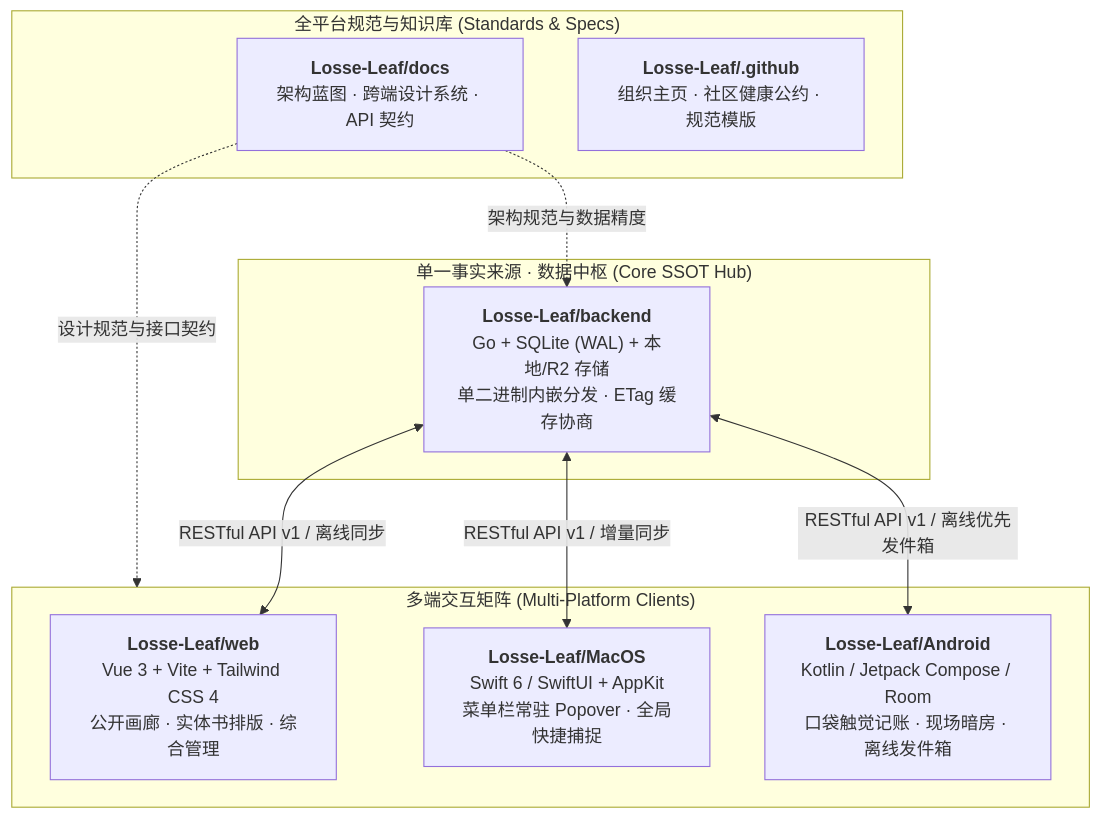
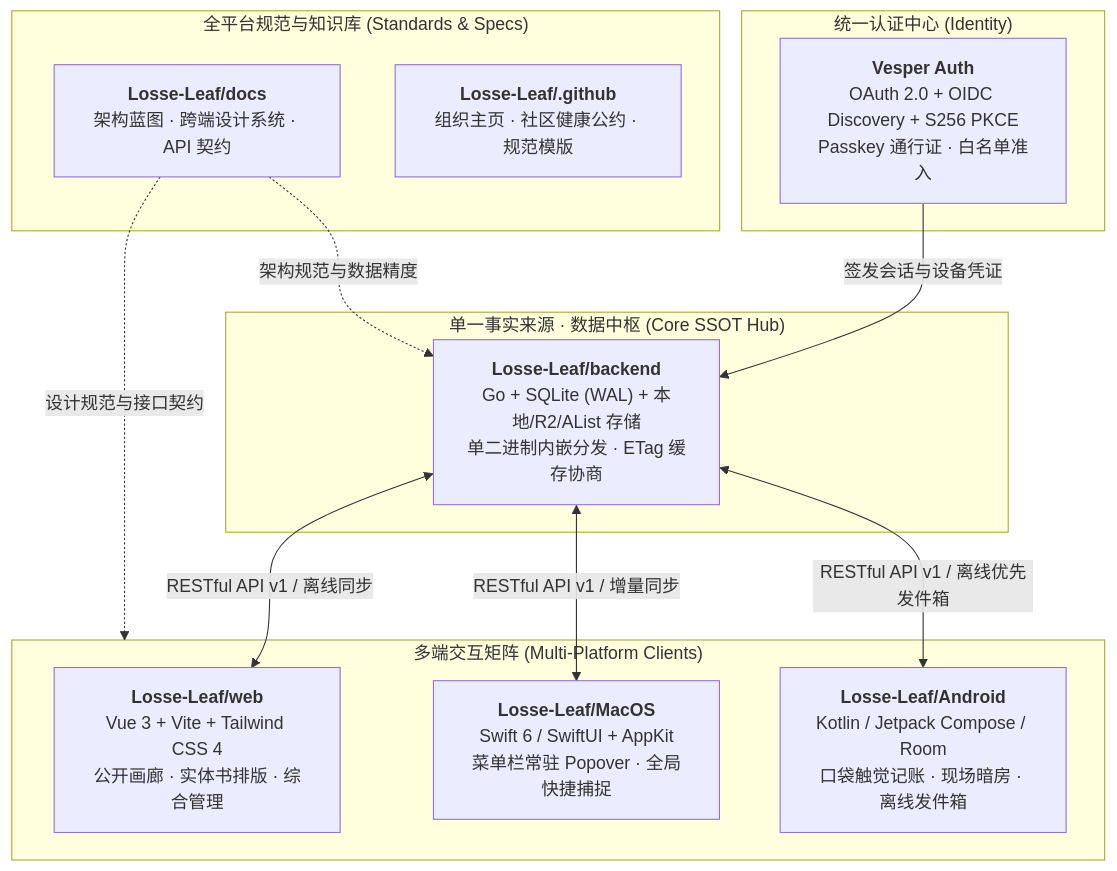
The diagram in profile/README.md (Losse-Leaf/.github), drawn with Mermaid before and after one commit. The commit also changed other lines of this file and 19 other files, not shown here.

````diff
--- a/profile/README.md
+++ b/profile/README.md
@@ -58,24 +60,29 @@
 ```mermaid
 graph TD
     subgraph CoreHub["单一事实来源 · 数据中枢 (Core SSOT Hub)"]
-        Backend["<b>Losse-Leaf/backend</b><br/>Go + SQLite (WAL) + 本地/R2 存储<br/>单二进制内嵌分发 · ETag 缓存协商"]
+        Backend["<b>Losse-Leaf/backend</b><br/>Go + SQLite (WAL) + 本地/R2/AList 存储<br/>单二进制内嵌分发 · ETag 缓存协商"]
+    end
+
+    subgraph Identity["统一认证中心 (Identity)"]
+        Auth["<b>Vesper Auth</b><br/>OAuth 2.0 + OIDC Discovery + S256 PKCE<br/>Passkey 通行证 · 白名单准入"]
     end
 
     subgraph Clients["多端交互矩阵 (Multi-Platform Clients)"]
         Web["<b>Losse-Leaf/web</b><br/>Vue 3 + Vite + Tailwind CSS 4<br/>公开画廊 · 实体书排版 · 综合管理"]
         Mac["<b>Losse-Leaf/MacOS</b><br/>Swift 6 / SwiftUI + AppKit<br/>菜单栏常驻 Popover · 全局快捷捕捉"]
         Android["<b>Losse-Leaf/Android</b><br/>Kotlin / Jetpack Compose / Room<br/>口袋触觉记账 · 现场暗房 · 离线发件箱"]
     end
 
     subgraph Specs["全平台规范与知识库 (Standards & Specs)"]
         Docs["<b>Losse-Leaf/docs</b><br/>架构蓝图 · 跨端设计系统 · API 契约"]
         Github["<b>Losse-Leaf/.github</b><br/>组织主页 · 社区健康公约 · 规范模版"]
     end
 
+    Auth -->|签发会话与设备凭证| Backend
     Backend <-->|RESTful API v1 / 离线同步| Web
     Backend <-->|RESTful API v1 / 增量同步| Mac
     Backend <-->|RESTful API v1 / 离线优先发件箱| Android
 
     Docs -.->|设计规范与接口契约| Clients
     Docs -.->|架构规范与数据精度| Backend
 ```
````
